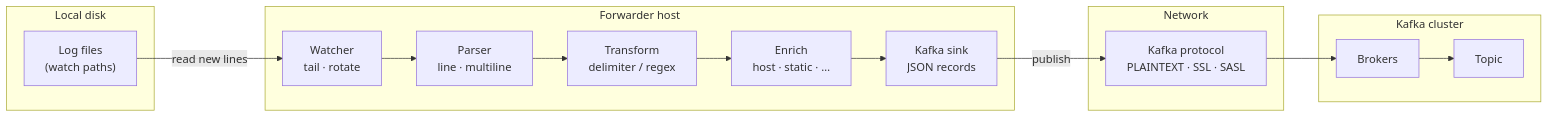
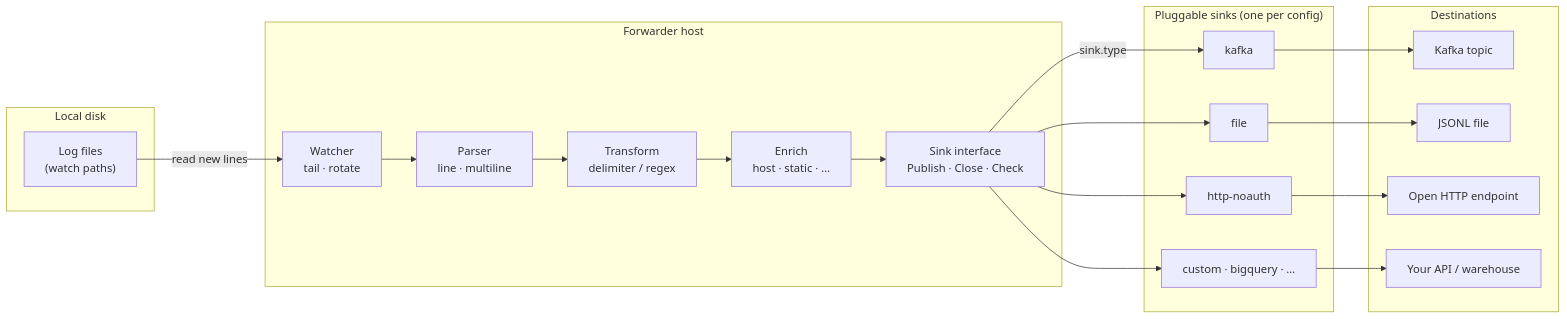
Before and after one commit to sanjuthomas/log-forwarder: the diagram in README.md, drawn with Mermaid. The commit also changed other lines of this file and 33 other files, not shown here.

First line of the commit message:
Add pluggable sink interface with kafka, file, and http-noauth sinks.

````diff
--- a/README.md
+++ b/README.md
@@ -5,28 +5,39 @@
 ```mermaid
 flowchart LR
     subgraph local["Local disk"]
         logs["Log files\n(watch paths)"]
     end
 
     subgraph host["Forwarder host"]
         watcher["Watcher\ntail · rotate"]
         parser["Parser\nline · multiline"]
         transform["Transform\ndelimiter / regex"]
         enrich["Enrich\nhost · static · …"]
-        sink["Kafka sink\nJSON records"]
-        watcher --> parser --> transform --> enrich --> sink
+        sinkIf["Sink interface\nPublish · Close · Check"]
+        watcher --> parser --> transform --> enrich --> sinkIf
     end
 
-    subgraph network["Network"]
-        conn["Kafka protocol\nPLAINTEXT · SSL · SASL"]
+    subgraph sinks["Pluggable sinks (one per config)"]
+        kafkaSink["kafka"]
+        fileSink["file"]
+        httpSink["http-noauth"]
+        customSink["custom · bigquery · …"]
     end
 
-    subgraph cluster["Kafka cluster"]
-        brokers["Brokers"]
-        topic["Topic"]
-        brokers --> topic
+    subgraph destinations["Destinations"]
+        kafkaDest["Kafka topic"]
+        fileDest["JSONL file"]
+        httpDest["Open HTTP endpoint"]
+        customDest["Your API / warehouse"]
     end
 
     logs -->|"read new lines"| watcher
-    sink -->|"publish"| conn --> brokers
+    sinkIf -->|"sink.type"| kafkaSink
+    sinkIf --> fileSink
+    sinkIf --> httpSink
+    sinkIf --> customSink
+    kafkaSink --> kafkaDest
+    fileSink --> fileDest
+    httpSink --> httpDest
+    customSink --> customDest
 ```
````
